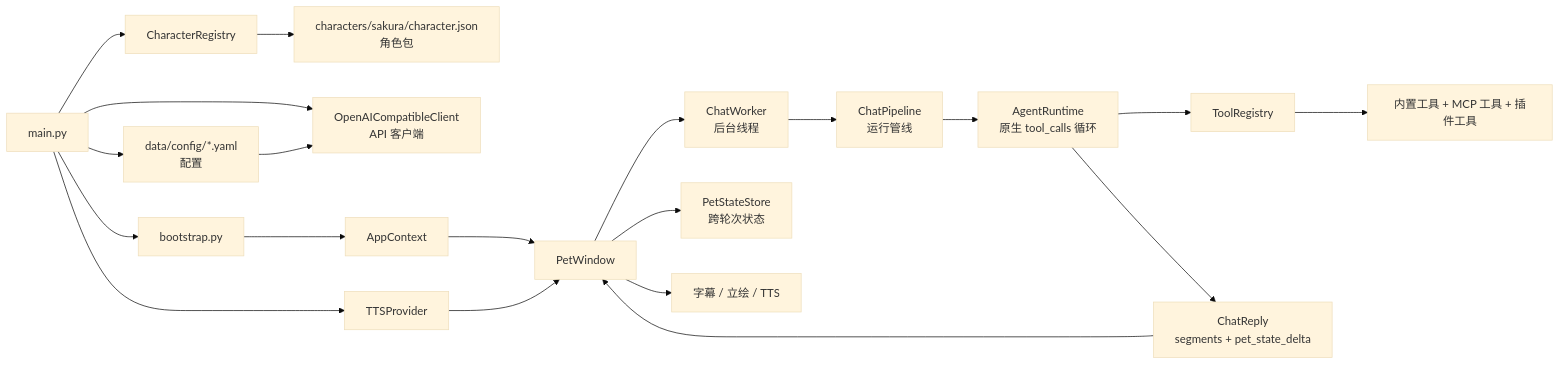
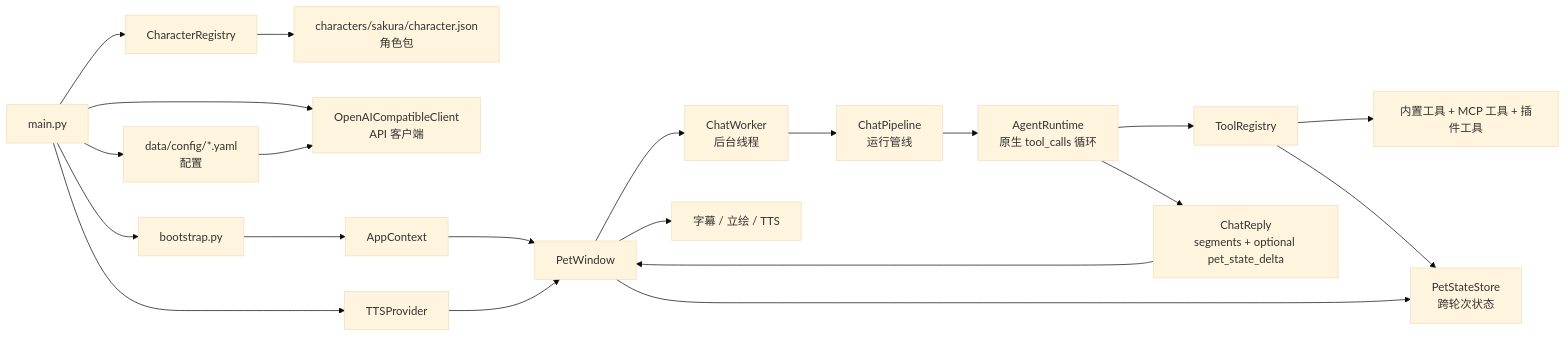
Before and after one commit to Rvosy/Sakura: the diagram in docs/TECHNICAL_README.md, drawn with Mermaid (base theme). The commit also changed other lines of this file and 10 other files, not shown here.

````diff
--- a/docs/TECHNICAL_README.md
+++ b/docs/TECHNICAL_README.md
@@ -25,22 +25,23 @@
 ```mermaid
 flowchart LR
     A["main.py"] --> B["data/config/*.yaml<br/>配置"]
     A --> C["CharacterRegistry"]
     C --> D["characters/sakura/character.json<br/>角色包"]
     A --> E["OpenAICompatibleClient<br/>API 客户端"]
     B --> E
     A --> I["TTSProvider"]
     A --> J["bootstrap.py"]
     J --> K["AppContext"]
     K --> L["PetWindow"]
     I --> L
     L --> M["ChatWorker<br/>后台线程"]
     M --> N["ChatPipeline<br/>运行管线"]
     N --> S["AgentRuntime<br/>原生 tool_calls 循环"]
     S --> T["ToolRegistry"]
     T --> U["内置工具 + MCP 工具 + 插件工具"]
-    S --> V["ChatReply<br/>segments + pet_state_delta"]
+    S --> V["ChatReply<br/>segments + optional pet_state_delta"]
     V --> L
+    T --> X
     L --> X["PetStateStore<br/>跨轮次状态"]
     L --> W["字幕 / 立绘 / TTS"]
 ```
````
